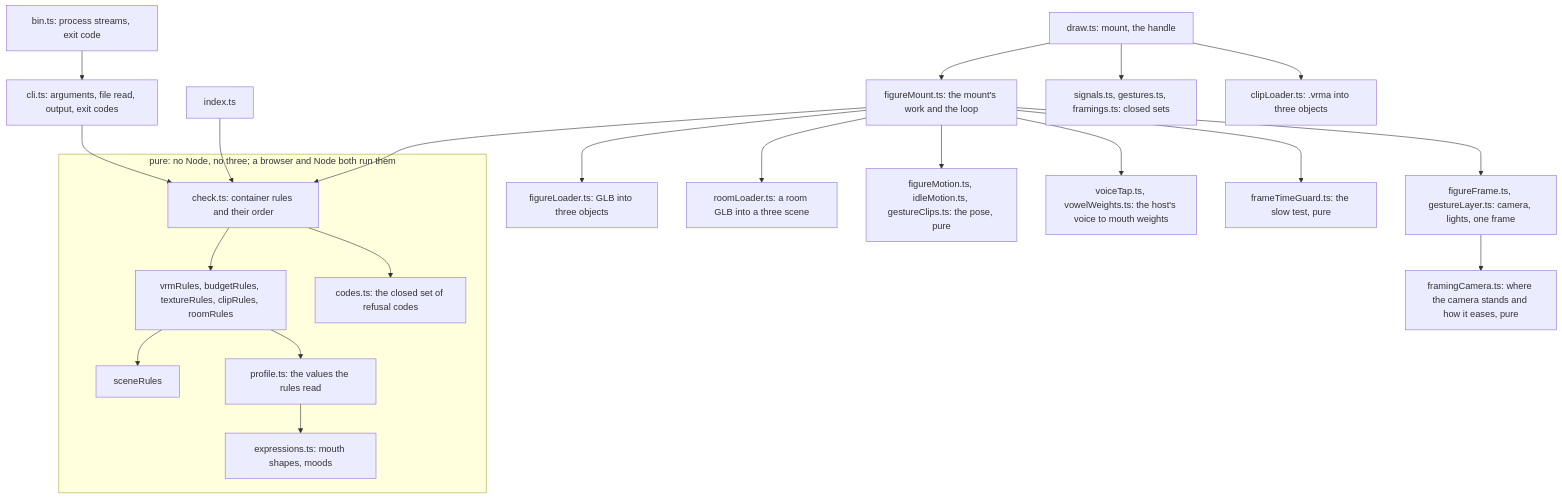
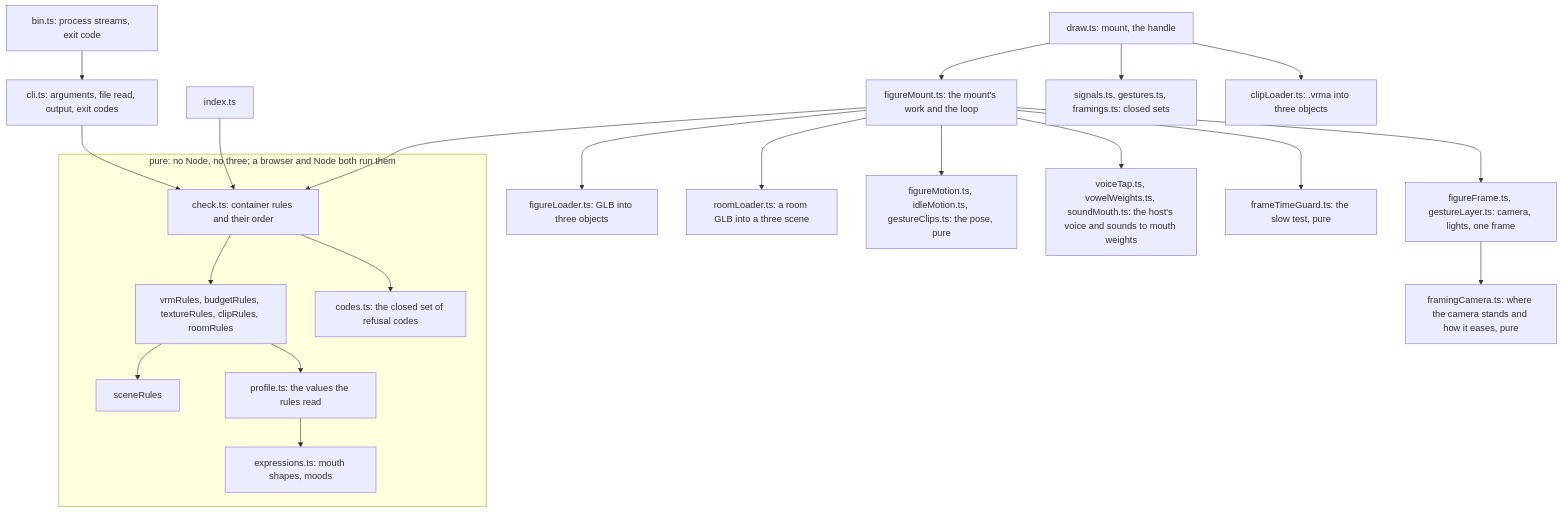
The second of 4 diagrams in docs/ARCHITECTURE.md (overnightworks/figure), drawn with Mermaid before and after one commit. The commit also changed other lines of this file and 20 other files, not shown here.

First line of the commit message:
Move the mouth to the sounds speech times for an answer (#139)

````diff
--- a/docs/ARCHITECTURE.md
+++ b/docs/ARCHITECTURE.md
@@ -22,21 +22,21 @@
 ```mermaid
 flowchart TD
     bin["bin.ts: process streams, exit code"] --> cli["cli.ts: arguments, file read, output, exit codes"]
     cli --> check
     subgraph pure["pure: no Node, no three; a browser and Node both run them"]
         check["check.ts: container rules and their order"] --> rules["vrmRules, budgetRules, textureRules, clipRules, roomRules"] --> scene["sceneRules"]
         rules --> profile["profile.ts: the values the rules read"] --> expressions["expressions.ts: mouth shapes, moods"]
         check --> codes["codes.ts: the closed set of refusal codes"]
     end
     index["index.ts"] --> check
     draw["draw.ts: mount, the handle"] --> figureMount["figureMount.ts: the mount's work and the loop"]
     figureMount --> check
     figureMount --> loaders["figureLoader.ts: GLB into three objects"]
     figureMount --> roomLoader["roomLoader.ts: a room GLB into a three scene"]
     figureMount --> motion["figureMotion.ts, idleMotion.ts, gestureClips.ts: the pose, pure"]
     figureMount --> frame["figureFrame.ts, gestureLayer.ts: camera, lights, one frame"]
     frame --> framingCamera["framingCamera.ts: where the camera stands and how it eases, pure"]
-    figureMount --> voice["voiceTap.ts, vowelWeights.ts: the host's voice to mouth weights"]
+    figureMount --> voice["voiceTap.ts, vowelWeights.ts, soundMouth.ts: the host's voice and sounds to mouth weights"]
     figureMount --> guard["frameTimeGuard.ts: the slow test, pure"]
     draw --> signals["signals.ts, gestures.ts, framings.ts: closed sets"] & clipLoader["clipLoader.ts: .vrma into three objects"]
 ```
````
